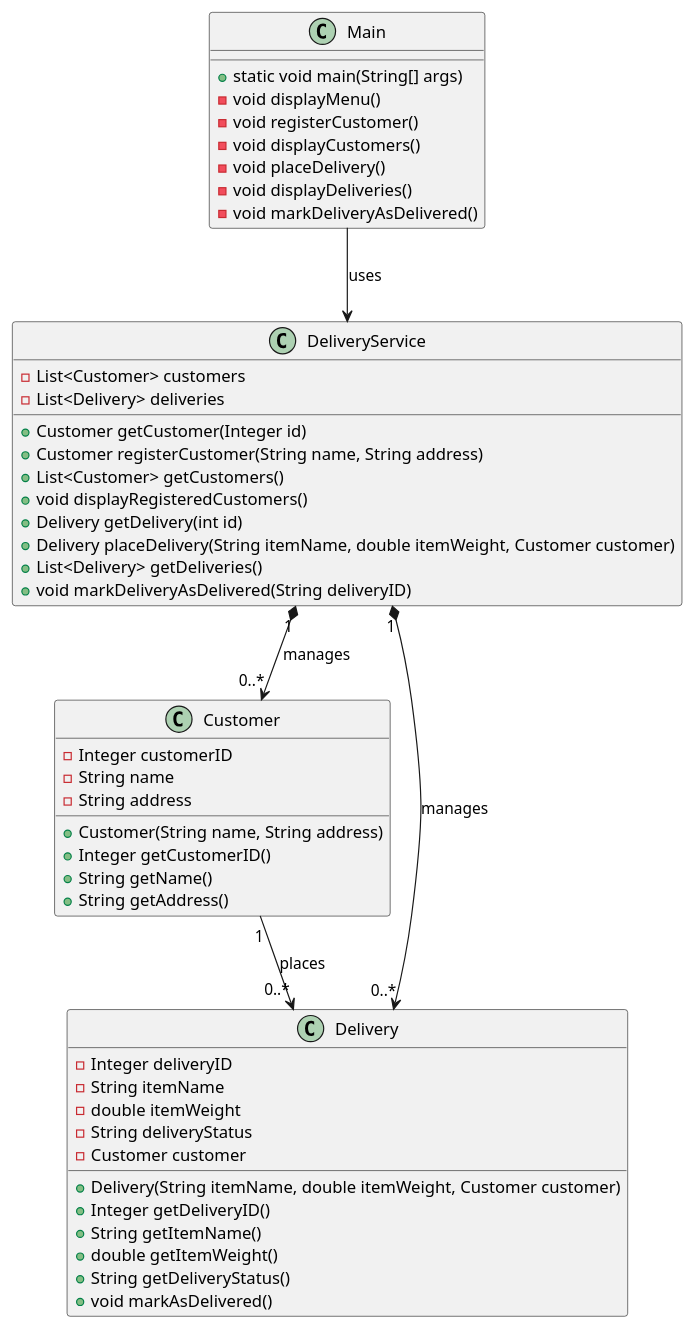
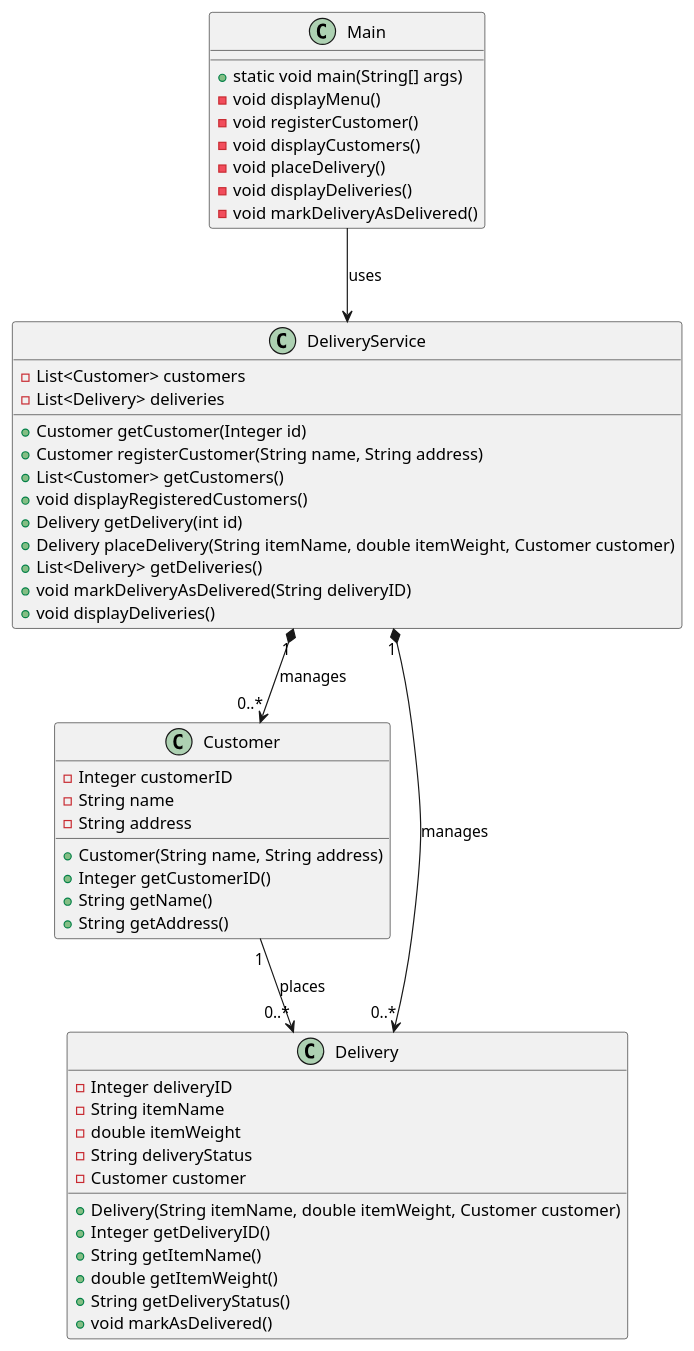
The diagram in ClassDiagram.puml (StudentsOnly/44-java-recap-project2-teamBr1), drawn with PlantUML before and after one commit.

```diff
--- a/ClassDiagram.puml
+++ b/ClassDiagram.puml
@@ -1,53 +1,55 @@
 @startuml
 class Customer {
   -Integer customerID
   -String name
   -String address
   +Customer(String name, String address)
   +Integer getCustomerID()
   +String getName()
   +String getAddress()
 }
 
 class Delivery {
   -Integer deliveryID
   -String itemName
   -double itemWeight
   -String deliveryStatus
   -Customer customer
   +Delivery(String itemName, double itemWeight, Customer customer)
   +Integer getDeliveryID()
   +String getItemName()
   +double getItemWeight()
   +String getDeliveryStatus()
   +void markAsDelivered()
 }
 
 class DeliveryService {
   -List<Customer> customers
   -List<Delivery> deliveries
   +Customer getCustomer(Integer id)
   +Customer registerCustomer(String name, String address)
   +List<Customer> getCustomers()
   +void displayRegisteredCustomers()
   +Delivery getDelivery(int id)
   +Delivery placeDelivery(String itemName, double itemWeight, Customer customer)
   +List<Delivery> getDeliveries()
   +void markDeliveryAsDelivered(String deliveryID)
+  +void displayDeliveries()
+
 }
 
 class Main {
   +static void main(String[] args)
   -void displayMenu()
   -void registerCustomer()
   -void displayCustomers()
   -void placeDelivery()
   -void displayDeliveries()
   -void markDeliveryAsDelivered()
 }
 
 Customer "1" --> "0..*" Delivery : "places"
 DeliveryService "1" *--> "0..*" Customer : "manages"
 DeliveryService "1" *--> "0..*" Delivery : "manages"
 Main --> DeliveryService : "uses"
 @enduml
```
